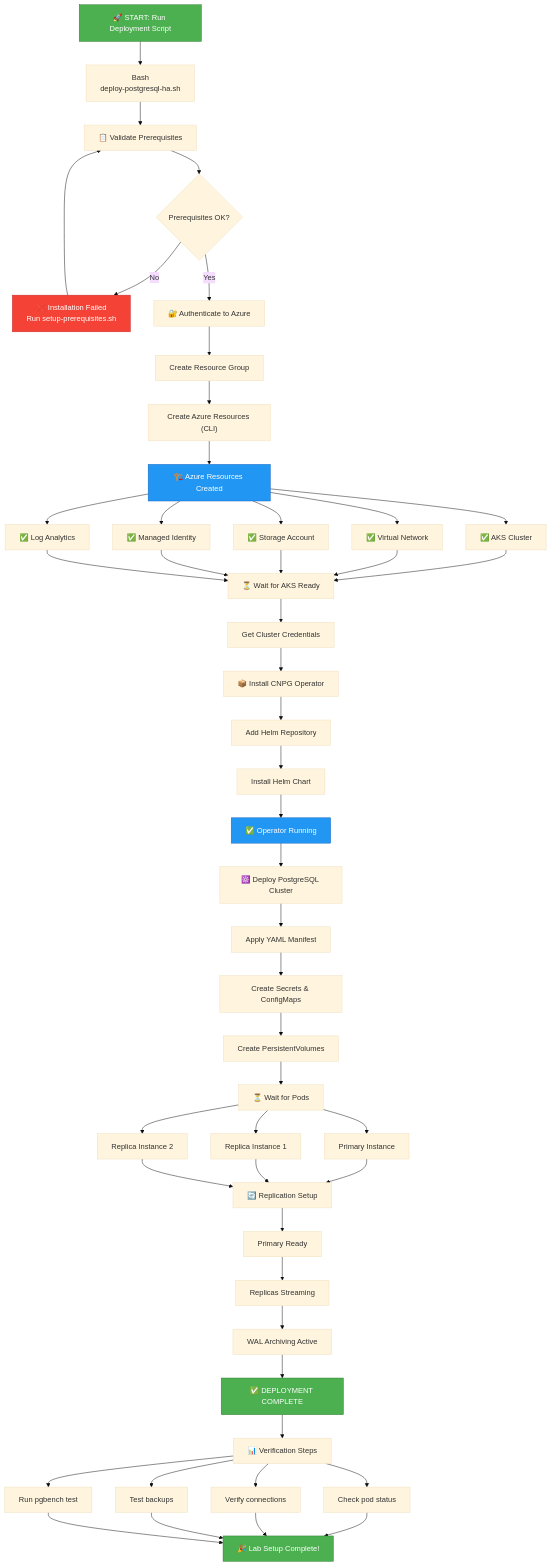
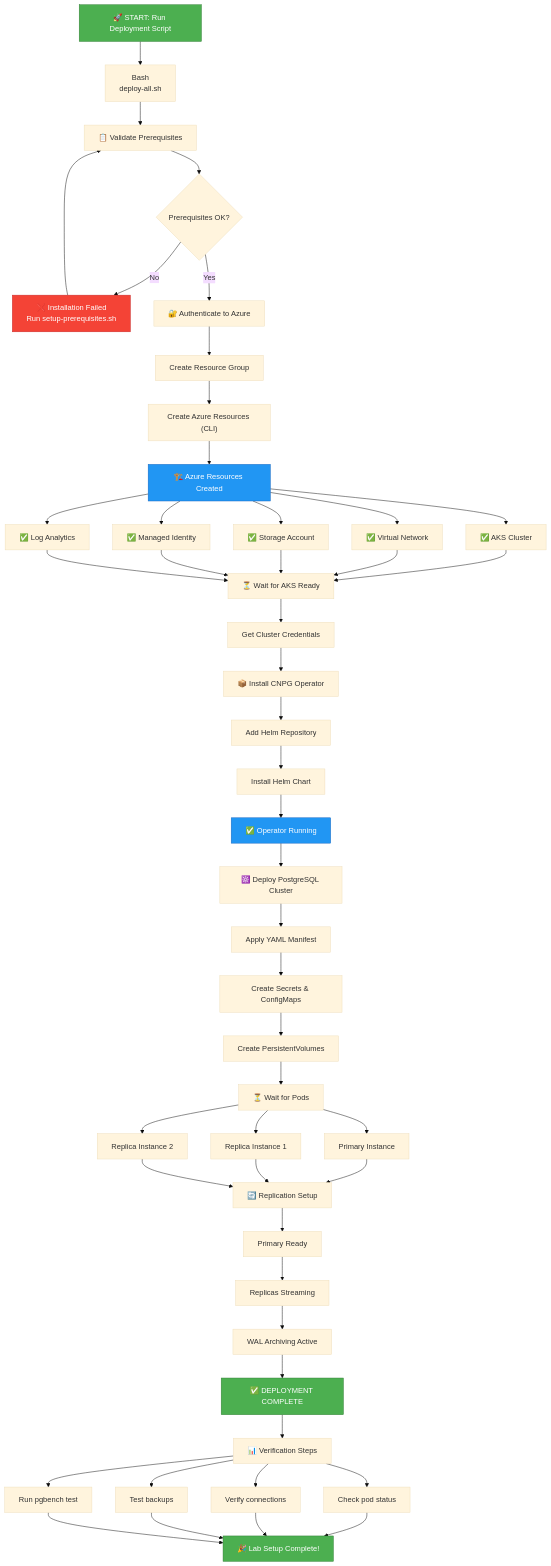
The diagram in docs/SETUP_COMPLETE.md (jonathan-vella/azure-postgresql-ha-aks-workshop), drawn with Mermaid (base theme) before and after one commit. The commit also changed other lines of this file and 5 other files, not shown here.

````diff
--- a/docs/SETUP_COMPLETE.md
+++ b/docs/SETUP_COMPLETE.md
@@ -52,60 +52,60 @@
 ```mermaid
 graph TD
-    A["🚀 START: Run Deployment Script"] --> D["Bash<br/>deploy-postgresql-ha.sh"]
+    A["🚀 START: Run Deployment Script"] --> D["Bash<br/>deploy-all.sh"]
     
     D --> E["📋 Validate Prerequisites"]
     
     E --> E1{Prerequisites OK?}
     E1 -->|No| E2["❌ Installation Failed<br/>Run setup-prerequisites.sh"]
     E1 -->|Yes| F["🔐 Authenticate to Azure"]
     
     E2 --> E
     F --> F1["Create Resource Group"]
     F1 --> F2["Create Azure Resources (CLI)"]
     
     F2 --> G["🏗️ Azure Resources Created"]
     G --> G1["✅ AKS Cluster"]
     G --> G2["✅ Virtual Network"]
     G --> G3["✅ Storage Account"]
     G --> G4["✅ Managed Identity"]
     G --> G5["✅ Log Analytics"]
     
     G1 & G2 & G3 & G4 & G5 --> H["⏳ Wait for AKS Ready"]
     H --> H1["Get Cluster Credentials"]
     
     H1 --> I["📦 Install CNPG Operator"]
     I --> I1["Add Helm Repository"]
     I1 --> I2["Install Helm Chart"]
     I2 --> I3["✅ Operator Running"]
     
     I3 --> J["☸️ Deploy PostgreSQL Cluster"]
     J --> J1["Apply YAML Manifest"]
     J1 --> J2["Create Secrets & ConfigMaps"]
     J2 --> J3["Create PersistentVolumes"]
     
     J3 --> K["⏳ Wait for Pods"]
     K --> K1["Primary Instance"]
     K --> K2["Replica Instance 1"]
     K --> K3["Replica Instance 2"]
     
     K1 & K2 & K3 --> L["🔄 Replication Setup"]
     L --> L1["Primary Ready"]
     L1 --> L2["Replicas Streaming"]
     L2 --> L3["WAL Archiving Active"]
     
     L3 --> M["✅ DEPLOYMENT COMPLETE"]
     M --> N["📊 Verification Steps"]
     N --> N1["Check pod status"]
     N --> N2["Verify connections"]
     N --> N3["Test backups"]
     N --> N4["Run pgbench test"]
     N1 & N2 & N3 & N4 --> O["🎉 Lab Setup Complete!"]
     
     style A fill:#4CAF50,stroke:#2E7D32,color:#fff
     style M fill:#4CAF50,stroke:#2E7D32,color:#fff
     style O fill:#4CAF50,stroke:#2E7D32,color:#fff
     style E2 fill:#f44336,stroke:#c62828,color:#fff
     style G fill:#2196F3,stroke:#1565c0,color:#fff
     style I3 fill:#2196F3,stroke:#1565c0,color:#fff
     style M fill:#4CAF50,stroke:#2E7D32,color:#fff
 ```
````
